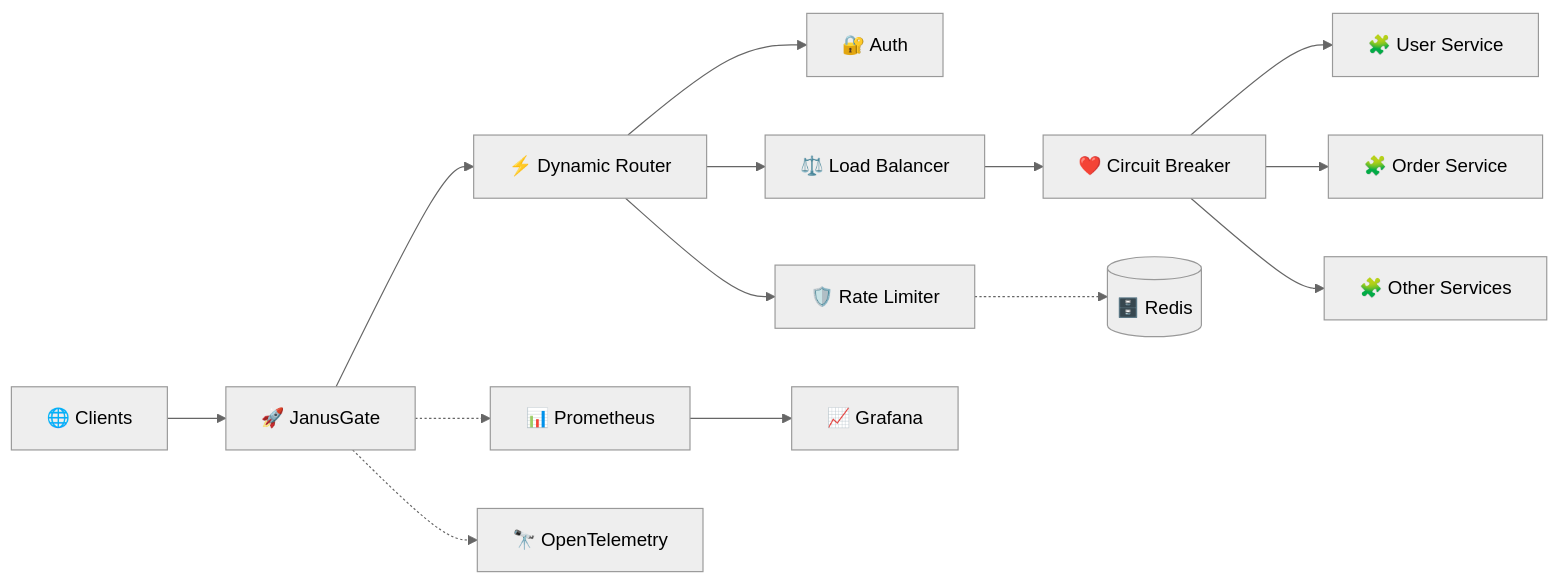
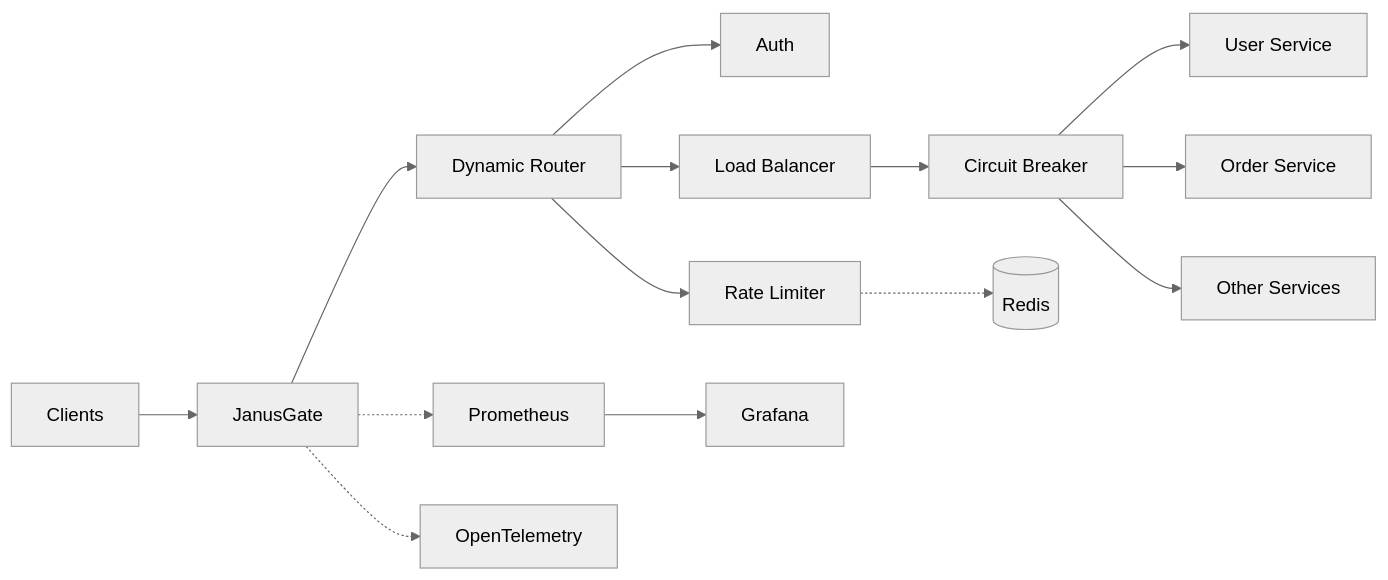
The diagram in README.md (alan-shabrandi/JanusGate), drawn with Mermaid (neutral theme) before and after one commit. The commit also changed other lines of this file, not shown here.

Commit message:
feat(docs): Updated README with detailed architecture diagram and quick start guide

````diff
--- a/README.md
+++ b/README.md
@@ -25,20 +21,20 @@
 ```mermaid
 flowchart LR
-    Client["🌐 Clients"] --> Gateway["🚀 JanusGate"]
+    Client["Clients"] --> Gateway["JanusGate"]
 
-    Gateway --> Router["⚡ Dynamic Router"]
-    Router --> Auth["🔐 Auth"]
-    Router --> Rate["🛡️ Rate Limiter"]
-    Router --> LB["⚖️ Load Balancer"]
-    LB --> CB["❤️ Circuit Breaker"]
+    Gateway --> Router["Dynamic Router"]
+    Router --> Auth["Auth"]
+    Router --> Rate["Rate Limiter"]
+    Router --> LB["Load Balancer"]
+    LB --> CB["Circuit Breaker"]
 
-    CB --> S1["🧩 User Service"]
-    CB --> S2["🧩 Order Service"]
-    CB --> S3["🧩 Other Services"]
+    CB --> S1["User Service"]
+    CB --> S2["Order Service"]
+    CB --> S3["Other Services"]
 
-    Rate -.-> Redis[("🗄️ Redis")]
-    Gateway -.-> Metrics["📊 Prometheus"]
-    Gateway -.-> Trace["🔭 OpenTelemetry"]
+    Rate -.-> Redis[("Redis")]
+    Gateway -.-> Metrics["Prometheus"]
+    Gateway -.-> Trace["OpenTelemetry"]
 
-    Metrics --> Grafana["📈 Grafana"]
+    Metrics --> Grafana["Grafana"]
 ```
````
